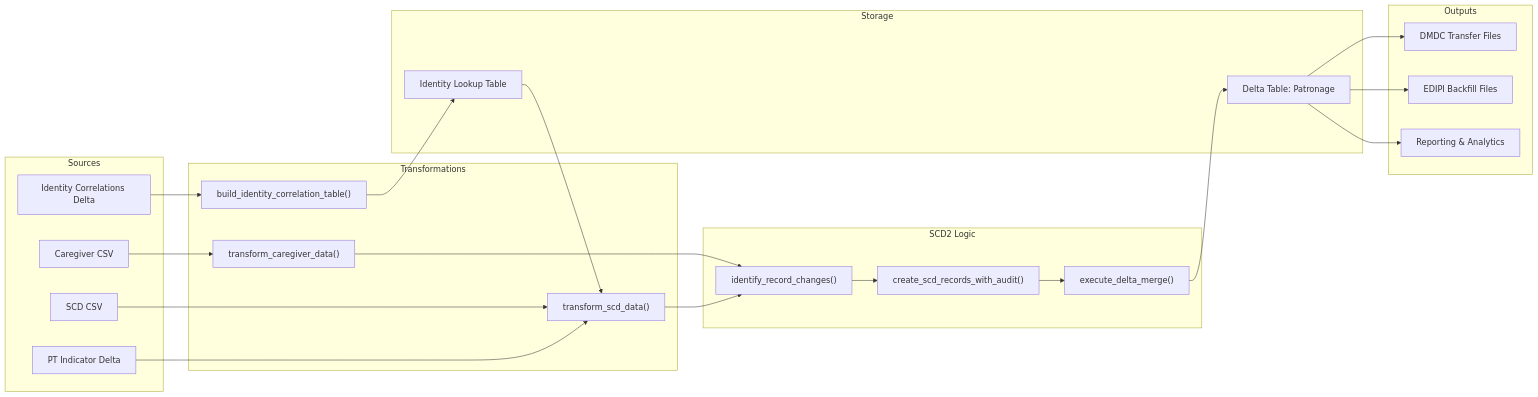
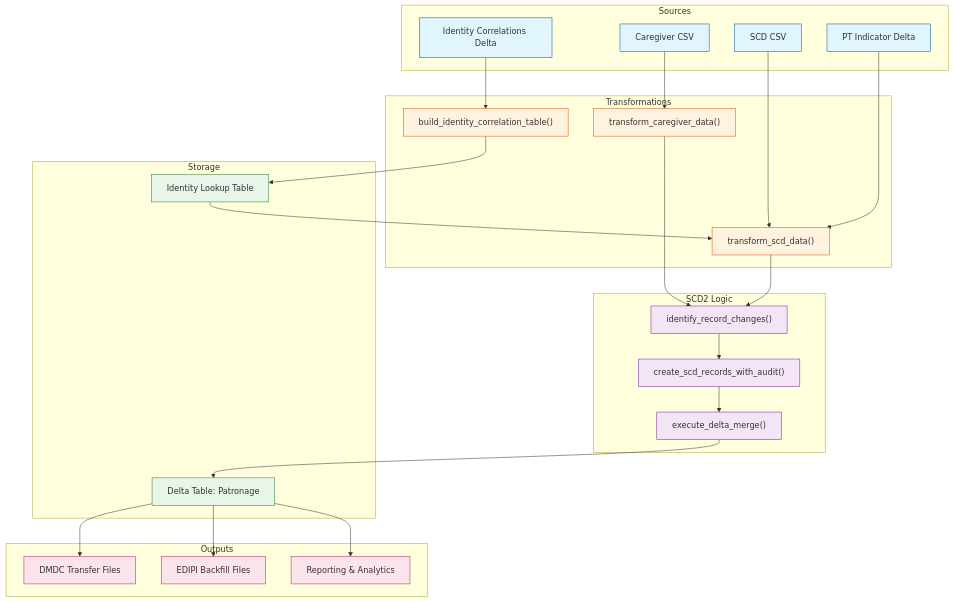
The fifth of 8 diagrams in README.md (BhaveshVA/Patronage), drawn with Mermaid before and after one commit. The commit also changed other lines of this file, not shown here.

First line of the commit message:
Document Databricks job execution flow and notes

````diff
--- a/README.md
+++ b/README.md
@@ -136,50 +189,63 @@
 ```mermaid
-flowchart LR
+flowchart TD
     subgraph Sources["Sources"]
         A1["Caregiver CSV"]
         A2["SCD CSV"]
         A3["PT Indicator Delta"]
         A4["Identity Correlations Delta"]
     end
     
     subgraph Transform["Transformations"]
         B1["transform_caregiver_data()"]
         B2["transform_scd_data()"]
         B3["build_identity_correlation_table()"]
     end
     
     subgraph Merge["SCD2 Logic"]
         C1["identify_record_changes()"]
         C2["create_scd_records_with_audit()"]
         C3["execute_delta_merge()"]
     end
     
     subgraph Storage["Storage"]
         D1["Delta Table: Patronage"]
         D2["Identity Lookup Table"]
     end
     
     subgraph Output["Outputs"]
         E1["DMDC Transfer Files"]
         E2["EDIPI Backfill Files"]
         E3["Reporting & Analytics"]
     end
     
     A1 --> B1
     A2 --> B2
     A3 --> B2
     A4 --> B3
     
     B1 --> C1
     B2 --> C1
     B3 --> D2
     D2 --> B2
     
     C1 --> C2
     C2 --> C3
     C3 --> D1
     
     D1 --> E1
     D1 --> E2
     D1 --> E3
+    
+    %% Styling
+    classDef sourceStyle fill:#e1f5fe,stroke:#01579b
+    classDef transformStyle fill:#fff3e0,stroke:#e65100
+    classDef mergeStyle fill:#f3e5f5,stroke:#7b1fa2
+    classDef storageStyle fill:#e8f5e9,stroke:#2e7d32
+    classDef outputStyle fill:#fce4ec,stroke:#c2185b
+    
+    class A1,A2,A3,A4 sourceStyle
+    class B1,B2,B3 transformStyle
+    class C1,C2,C3 mergeStyle
+    class D1,D2 storageStyle
+    class E1,E2,E3 outputStyle
 ```
````
